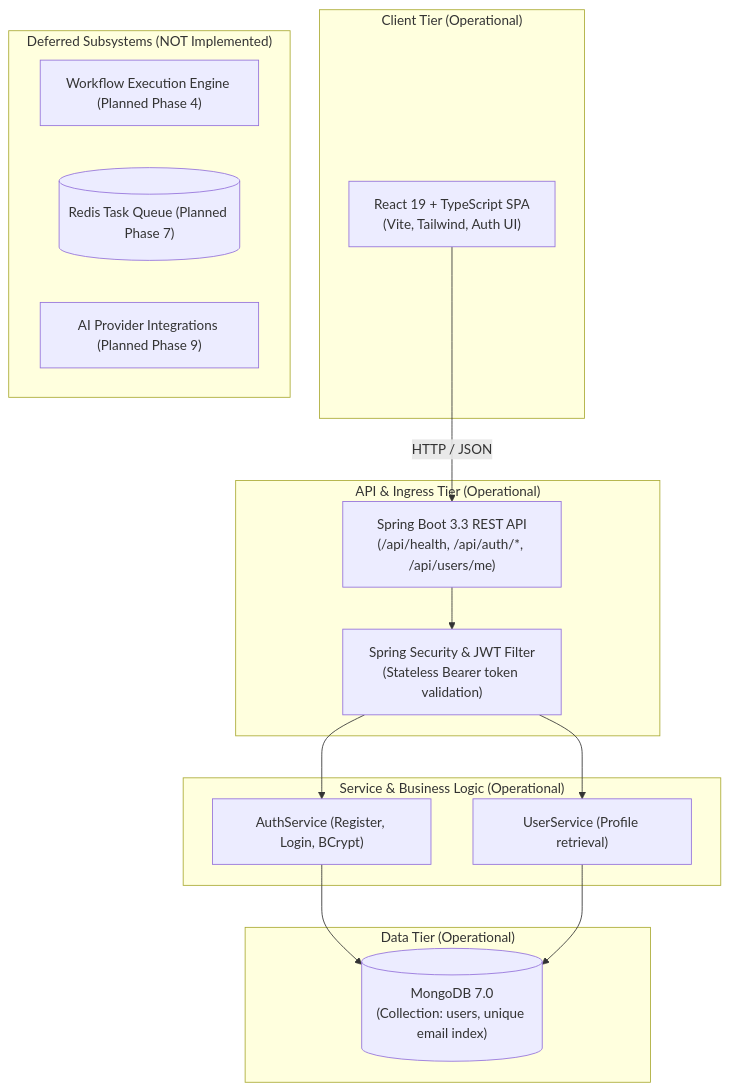
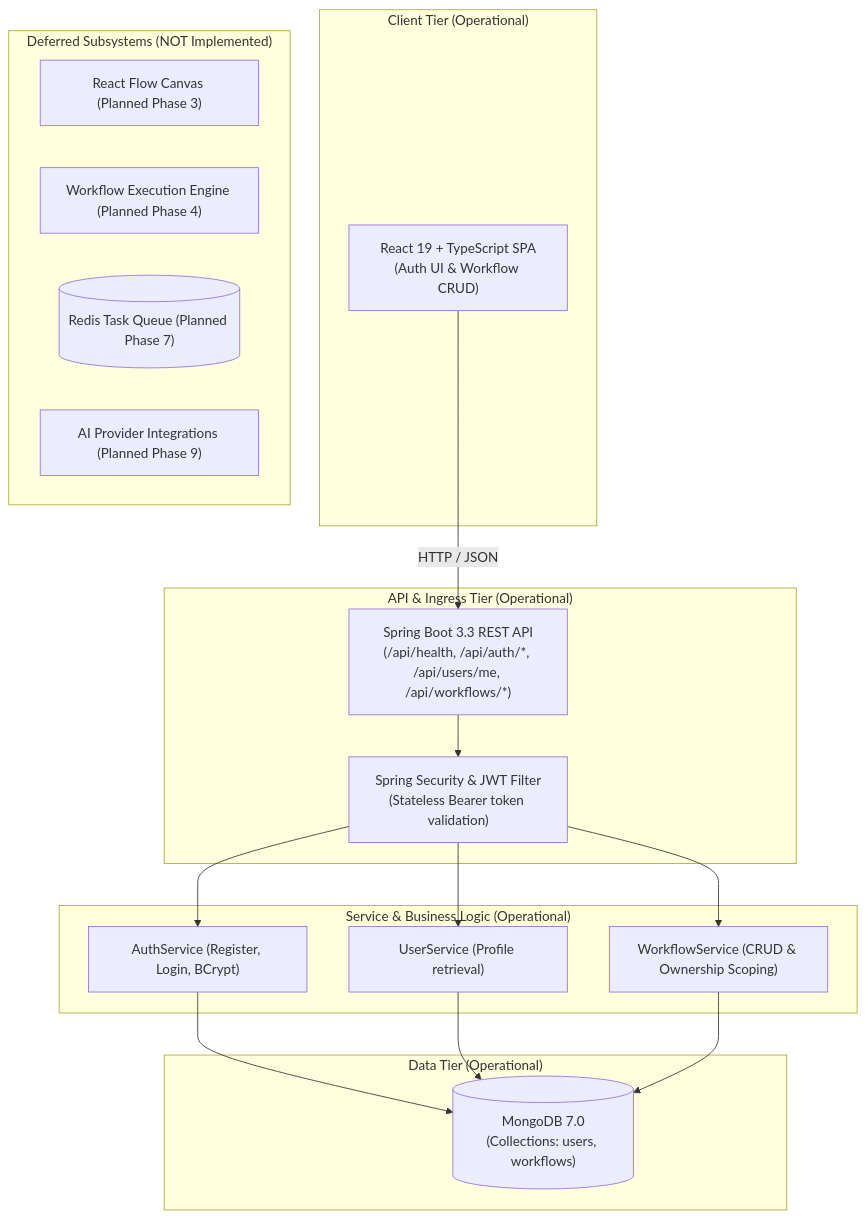
One commit to abhijeet-rx/Adonis changed the diagram in ARCHITECTURE.md. Above: the diagram before and after it, drawn with Mermaid. The commit also changed other lines of this file and 20 other files, not shown here.

Commit message:
feat: implement phase 2 workflow crud

````diff
--- a/ARCHITECTURE.md
+++ b/ARCHITECTURE.md
@@ -61,33 +87,37 @@
 ```mermaid
 graph TD
     subgraph Client["Client Tier (Operational)"]
-        UI["React 19 + TypeScript SPA<br/>(Vite, Tailwind, Auth UI)"]
+        UI["React 19 + TypeScript SPA<br/>(Auth UI & Workflow CRUD)"]
     end
 
     subgraph Gateway["API & Ingress Tier (Operational)"]
-        API["Spring Boot 3.3 REST API<br/>(/api/health, /api/auth/*, /api/users/me)"]
+        API["Spring Boot 3.3 REST API<br/>(/api/health, /api/auth/*, /api/users/me, /api/workflows/*)"]
         AUTH["Spring Security & JWT Filter<br/>(Stateless Bearer token validation)"]
     end
 
     subgraph ServiceLayer["Service & Business Logic (Operational)"]
         AUTH_SVC["AuthService (Register, Login, BCrypt)"]
         USER_SVC["UserService (Profile retrieval)"]
+        WF_SVC["WorkflowService (CRUD & Ownership Scoping)"]
     end
 
     subgraph Storage["Data Tier (Operational)"]
-        MONGO[("MongoDB 7.0<br/>(Collection: users, unique email index)")]
+        MONGO[("MongoDB 7.0<br/>(Collections: users, workflows)")]
     end
 
     subgraph Deferred["Deferred Subsystems (NOT Implemented)"]
+        CANVAS["React Flow Canvas (Planned Phase 3)"]
         ENGINE["Workflow Execution Engine (Planned Phase 4)"]
         REDIS[("Redis Task Queue (Planned Phase 7)")]
         AI["AI Provider Integrations (Planned Phase 9)"]
     end
 
     UI -->|HTTP / JSON| API
     API --> AUTH
     AUTH --> AUTH_SVC
     AUTH --> USER_SVC
+    AUTH --> WF_SVC
     AUTH_SVC --> MONGO
     USER_SVC --> MONGO
+    WF_SVC --> MONGO
 ```
````
